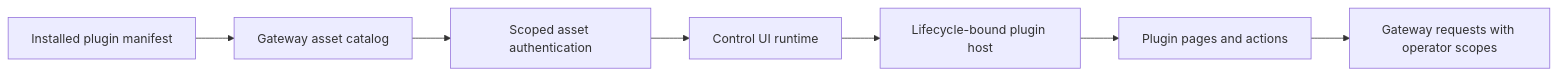
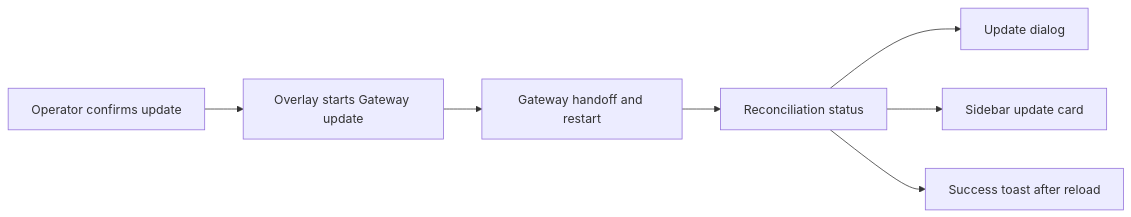
One commit to miguelbranco80/openclaw-bug-origins changed the diagram in fix-origins/clawsweeper/bundles/0192.full.md. Above: the diagram before and after it, drawn with Mermaid. The commit also changed other lines of this file and 6464 other files, not shown here.

````diff
--- a/fix-origins/clawsweeper/bundles/0192.full.md
+++ b/fix-origins/clawsweeper/bundles/0192.full.md
@@ -40,9 +40,9 @@
 ```mermaid
 flowchart LR
-  A[Installed plugin manifest] --> B[Gateway asset catalog]
-  B --> C[Scoped asset authentication]
-  C --> D[Control UI runtime]
-  D --> E[Lifecycle-bound plugin host]
-  E --> F[Plugin pages and actions]
-  F --> G[Gateway requests with operator scopes]
+A[Operator confirms update] --> B[Overlay starts Gateway update]
+B --> C[Gateway handoff and restart]
+C --> D[Reconciliation status]
+D --> E[Update dialog]
+D --> F[Sidebar update card]
+D --> G[Success toast after reload]
 ```
````
